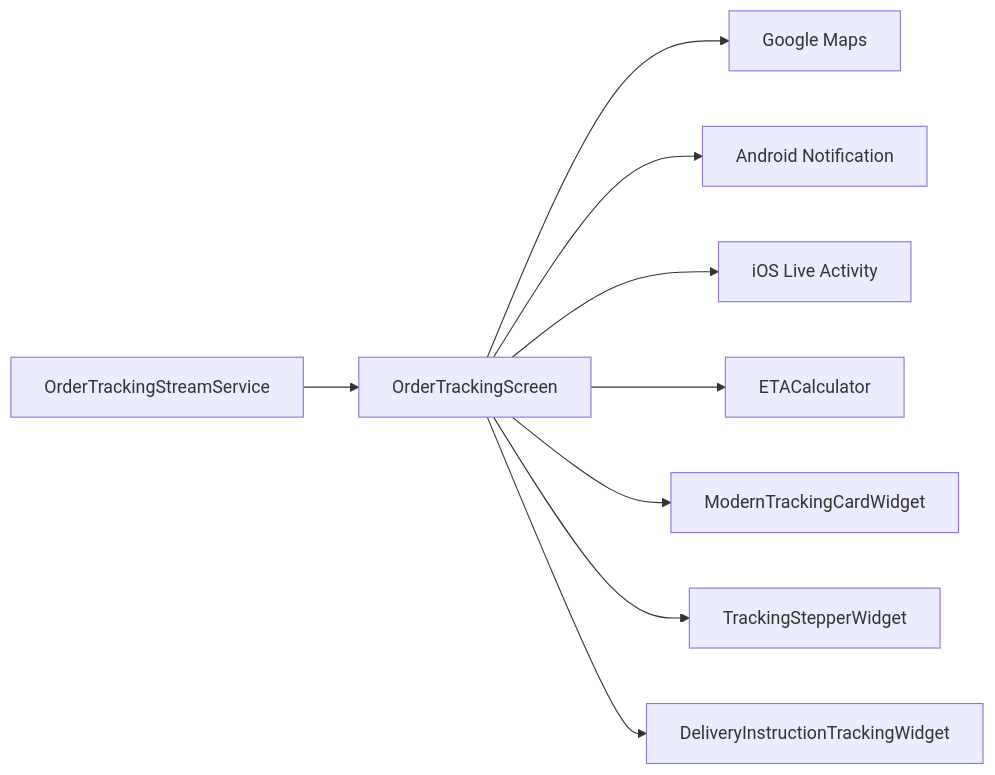
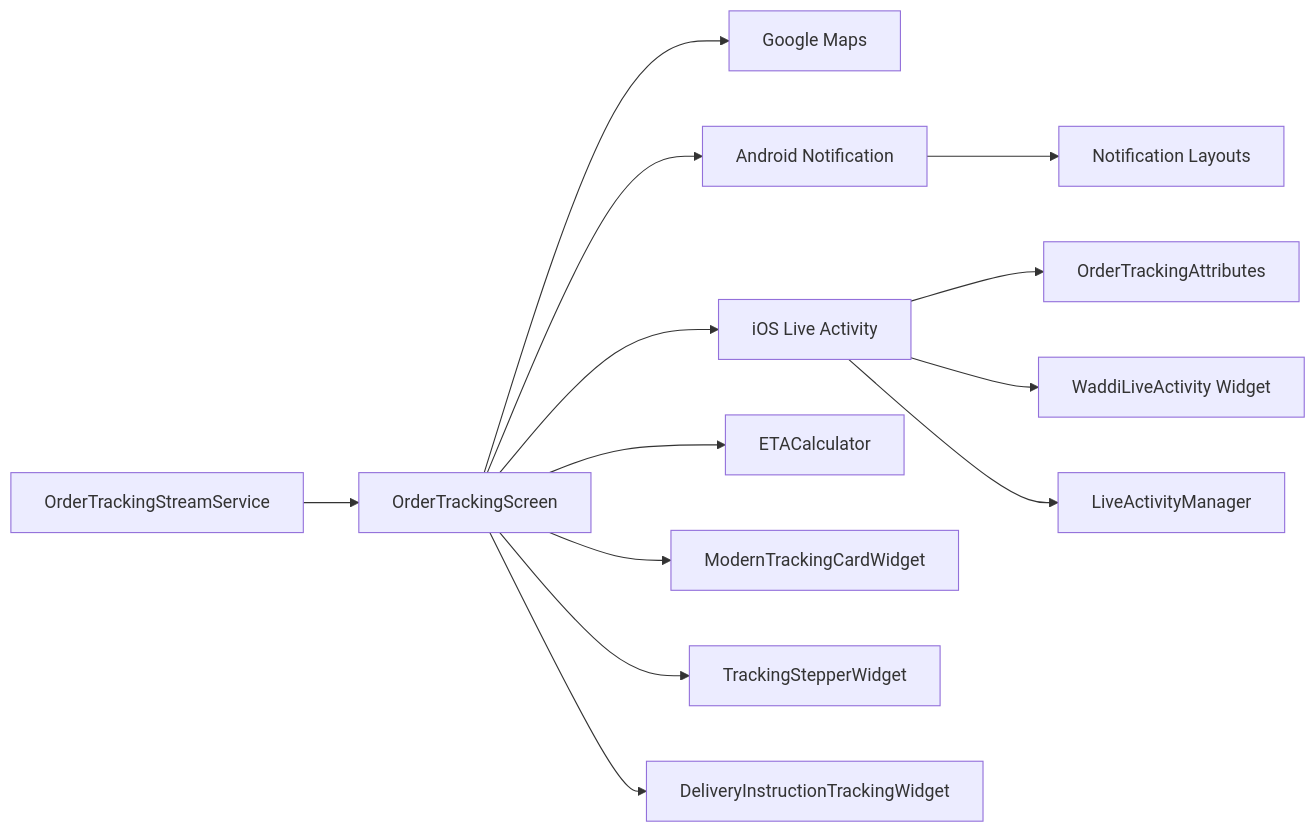
The tenth of 10 diagrams in .qoder/repowiki/en/content/Real-Time Communication/Live Order Tracking.md (Hamdies/waddy_user), drawn with Mermaid before and after one commit. The commit also changed other lines of this file and 773 other files, not shown here.

````diff
--- a/.qoder/repowiki/en/content/Real-Time Communication/Live Order Tracking.md
+++ b/.qoder/repowiki/en/content/Real-Time Communication/Live Order Tracking.md
@@ -326,11 +450,15 @@
 ```mermaid
 graph LR
 Stream["OrderTrackingStreamService"] --> UI["OrderTrackingScreen"]
 UI --> Map["Google Maps"]
-UI --> Notif["Android Notification"]
-UI --> Live["iOS Live Activity"]
+UI --> AndroidNotif["Android Notification"]
+UI --> LiveActivity["iOS Live Activity"]
 UI --> ETA["ETACalculator"]
 UI --> Card["ModernTrackingCardWidget"]
 UI --> Stepper["TrackingStepperWidget"]
 UI --> Inst["DeliveryInstructionTrackingWidget"]
+AndroidNotif --> NotifLayout["Notification Layouts"]
+LiveActivity --> ActivityAttributes["OrderTrackingAttributes"]
+LiveActivity --> ActivityWidget["WaddiLiveActivity Widget"]
+LiveActivity --> ActivityManager["LiveActivityManager"]
 ```
````
